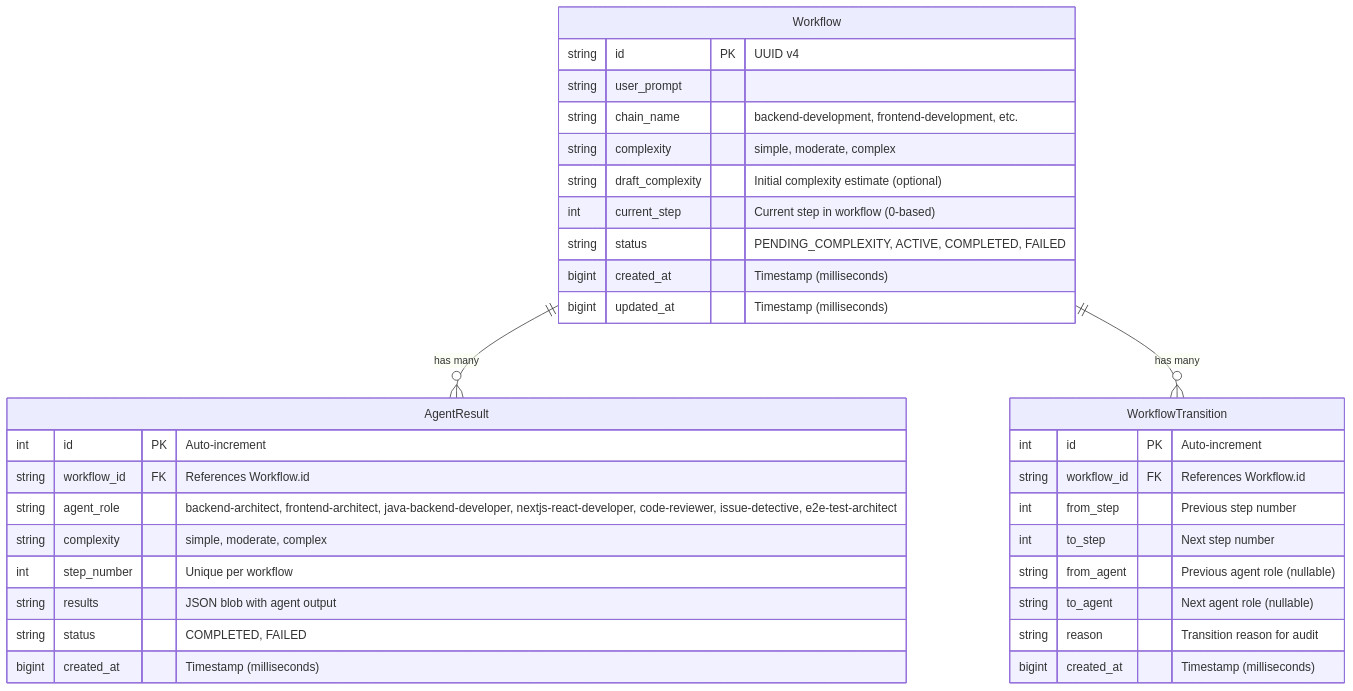
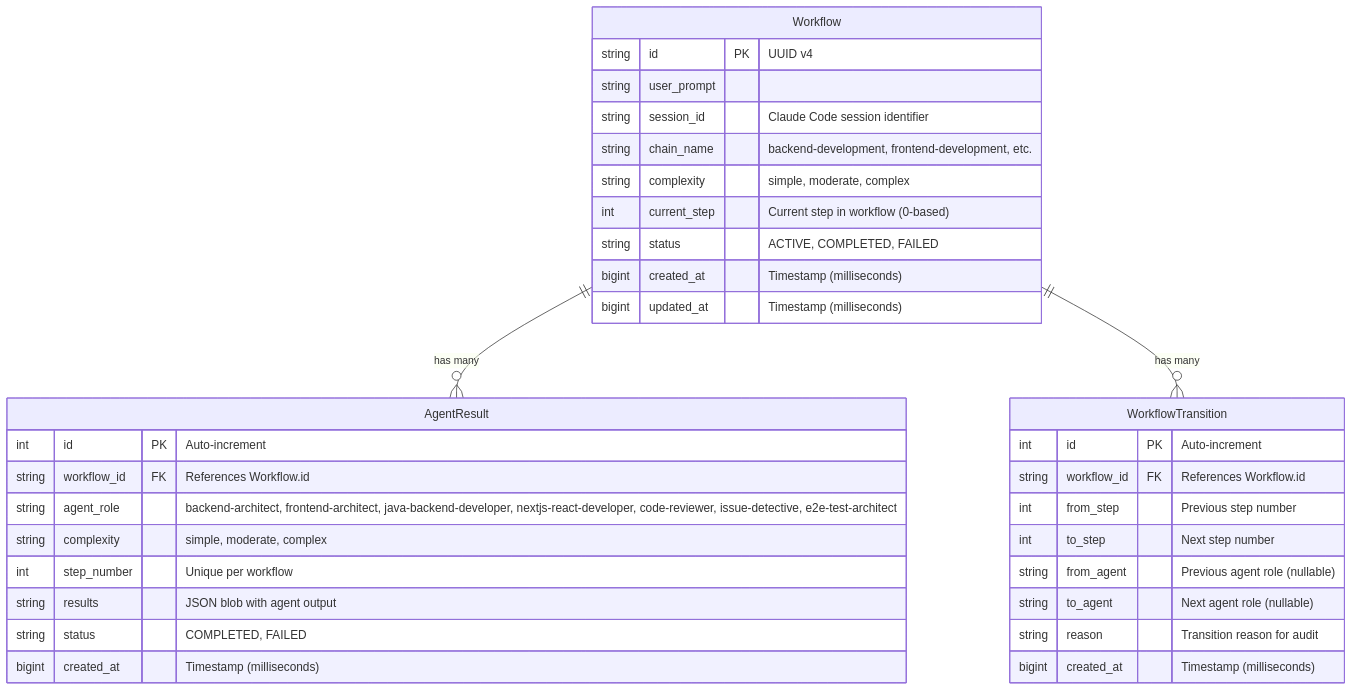
Before and after one commit to drevispas/ccorch: the diagram in docs/02-technical-database.md, drawn with Mermaid. The commit also changed other lines of this file and 29 other files, not shown here.

````diff
--- a/docs/02-technical-database.md
+++ b/docs/02-technical-database.md
@@ -24,39 +22,39 @@
 ```mermaid
 erDiagram
     Workflow ||--o{ AgentResult : "has many"
     Workflow ||--o{ WorkflowTransition : "has many"
 
     Workflow {
         string id PK "UUID v4"
         string user_prompt
+        string session_id "Claude Code session identifier"
         string chain_name "backend-development, frontend-development, etc."
         string complexity "simple, moderate, complex"
-        string draft_complexity "Initial complexity estimate (optional)"
         int current_step "Current step in workflow (0-based)"
-        string status "PENDING_COMPLEXITY, ACTIVE, COMPLETED, FAILED"
+        string status "ACTIVE, COMPLETED, FAILED"
         bigint created_at "Timestamp (milliseconds)"
         bigint updated_at "Timestamp (milliseconds)"
     }
 
     AgentResult {
         int id PK "Auto-increment"
         string workflow_id FK "References Workflow.id"
         string agent_role "backend-architect, frontend-architect, java-backend-developer, nextjs-react-developer, code-reviewer, issue-detective, e2e-test-architect"
         string complexity "simple, moderate, complex"
         int step_number "Unique per workflow"
         string results "JSON blob with agent output"
         string status "COMPLETED, FAILED"
         bigint created_at "Timestamp (milliseconds)"
     }
 
     WorkflowTransition {
         int id PK "Auto-increment"
         string workflow_id FK "References Workflow.id"
         int from_step "Previous step number"
         int to_step "Next step number"
         string from_agent "Previous agent role (nullable)"
         string to_agent "Next agent role (nullable)"
         string reason "Transition reason for audit"
         bigint created_at "Timestamp (milliseconds)"
     }
 ```
````
